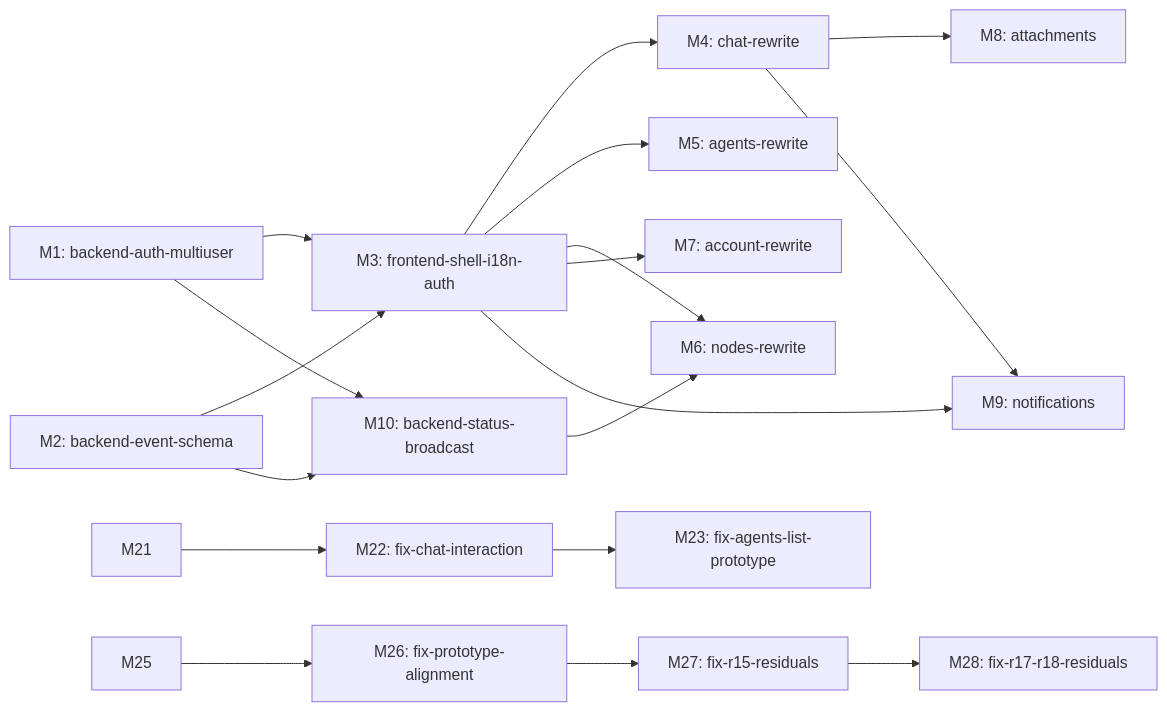
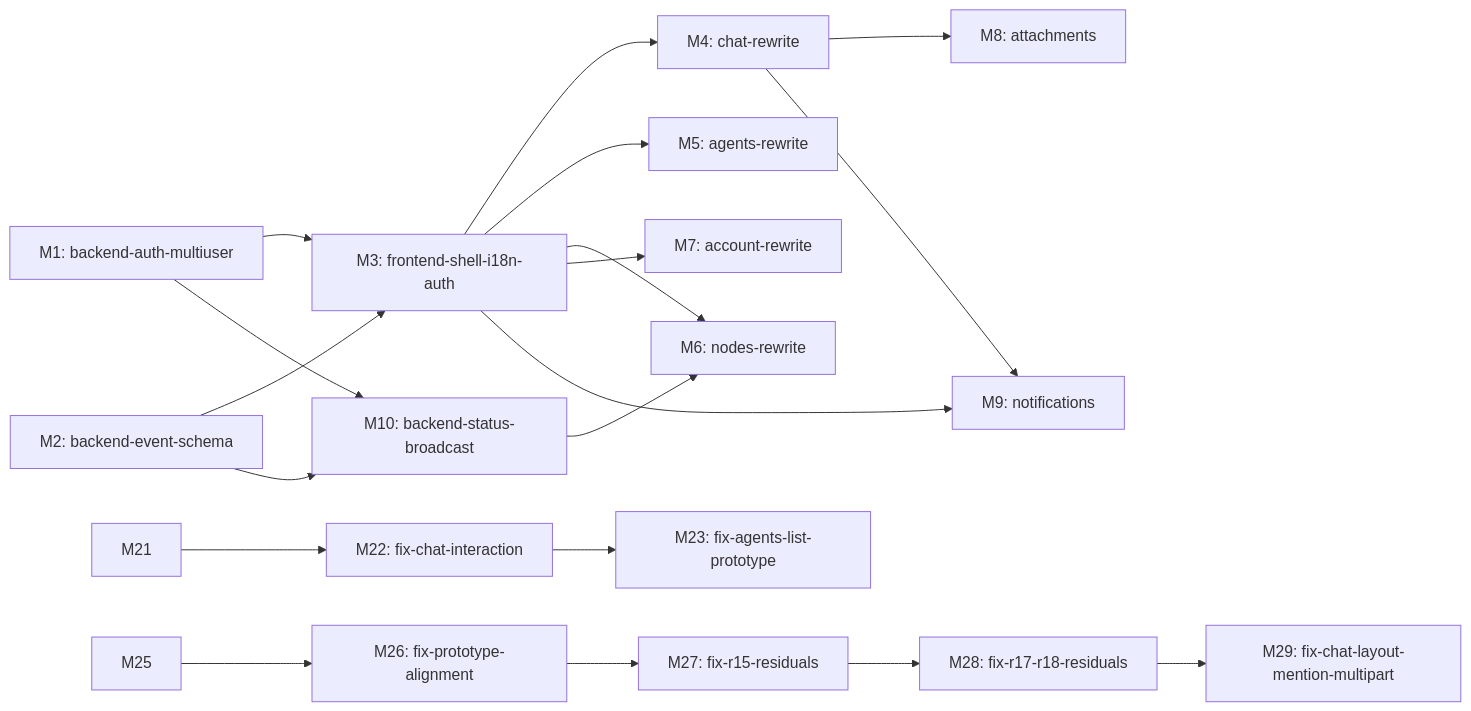
The diagram in docs/changes/feat-340-agent-native-im/design.md (Mrchen116/nano-multiagent), drawn with Mermaid before and after one commit. The commit also changed other lines of this file and 2 other files, not shown here.

````diff
--- a/docs/changes/feat-340-agent-native-im/design.md
+++ b/docs/changes/feat-340-agent-native-im/design.md
@@ -367,20 +369,21 @@
 ```mermaid
 graph LR
   M1[M1: backend-auth-multiuser] --> M3[M3: frontend-shell-i18n-auth]
   M2[M2: backend-event-schema] --> M3
   M1 --> M10[M10: backend-status-broadcast]
   M2 --> M10
   M3 --> M4[M4: chat-rewrite]
   M3 --> M5[M5: agents-rewrite]
   M3 --> M6[M6: nodes-rewrite]
   M10 --> M6
   M3 --> M7[M7: account-rewrite]
   M4 --> M8[M8: attachments]
   M3 --> M9[M9: notifications]
   M4 --> M9
   M21 --> M22[M22: fix-chat-interaction]
   M22 --> M23[M23: fix-agents-list-prototype]
   M25 --> M26[M26: fix-prototype-alignment]
   M26 --> M27[M27: fix-r15-residuals]
   M27 --> M28[M28: fix-r17-r18-residuals]
+  M28 --> M29[M29: fix-chat-layout-mention-multipart]
 ```
````
